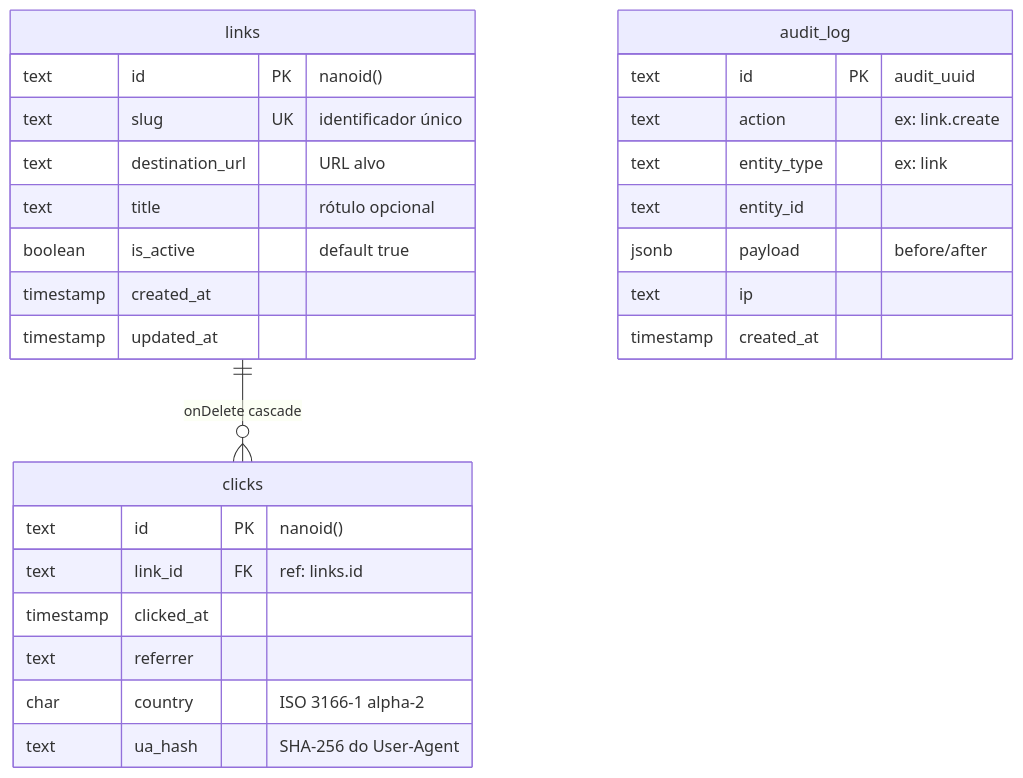
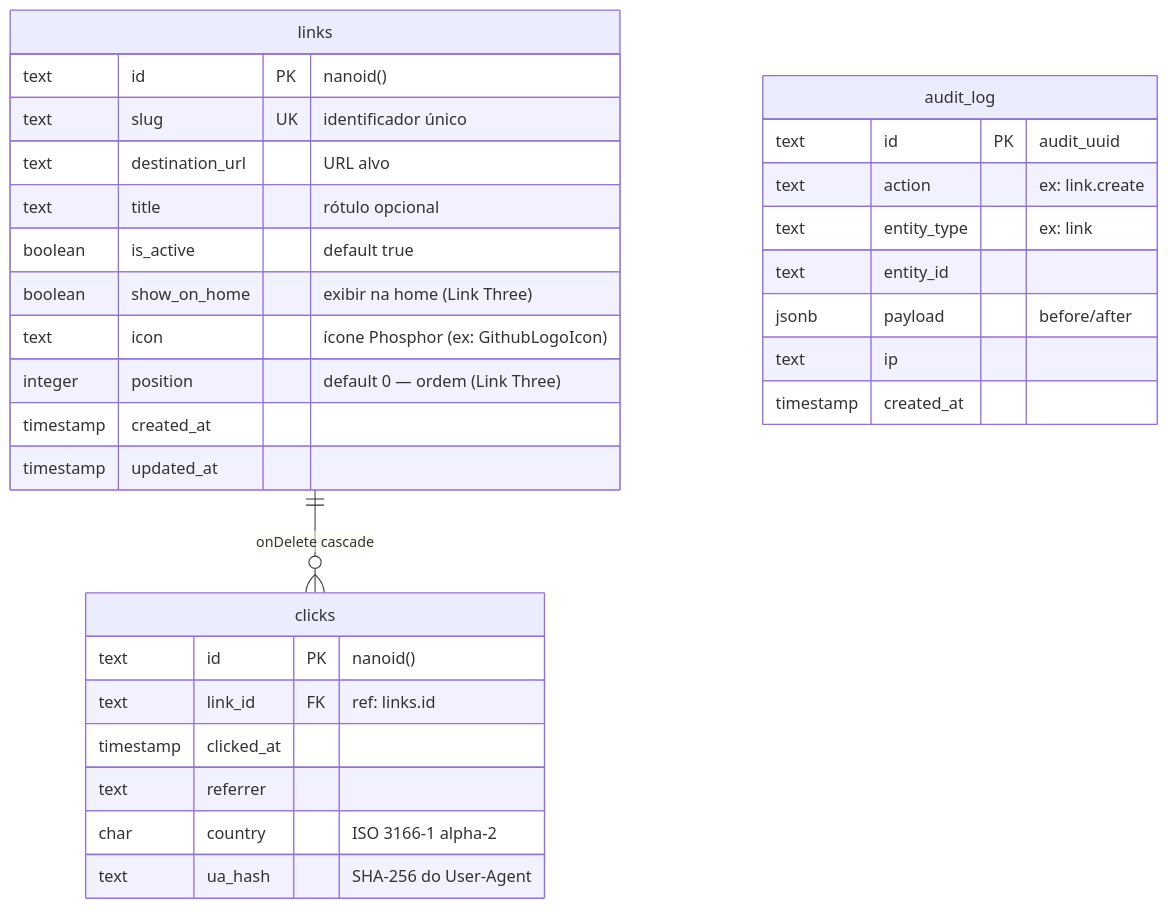
One commit to eduardoaugustolb/encurtador-url changed the diagram in docs/banco-de-dados.md. Above: the diagram before and after it, drawn with Mermaid. The commit also changed 44 other files, not shown here.

````diff
--- a/docs/banco-de-dados.md
+++ b/docs/banco-de-dados.md
@@ -7,33 +7,36 @@
 ```mermaid
 erDiagram
     links {
         text id PK "nanoid()"
         text slug UK "identificador único"
         text destination_url "URL alvo"
         text title "rótulo opcional"
         boolean is_active "default true"
+        boolean show_on_home "exibir na home (Link Three)"
+        text icon "ícone Phosphor (ex: GithubLogoIcon)"
+        integer position "default 0 — ordem (Link Three)"
         timestamp created_at
         timestamp updated_at
     }
 
     clicks {
         text id PK "nanoid()"
         text link_id FK "ref: links.id"
         timestamp clicked_at
         text referrer
         char country "ISO 3166-1 alpha-2"
         text ua_hash "SHA-256 do User-Agent"
     }
 
     audit_log {
         text id PK "audit_uuid"
         text action "ex: link.create"
         text entity_type "ex: link"
         text entity_id
         jsonb payload "before/after"
         text ip
         timestamp created_at
     }
 
     links ||--o{ clicks : "onDelete cascade"
 ```
````
